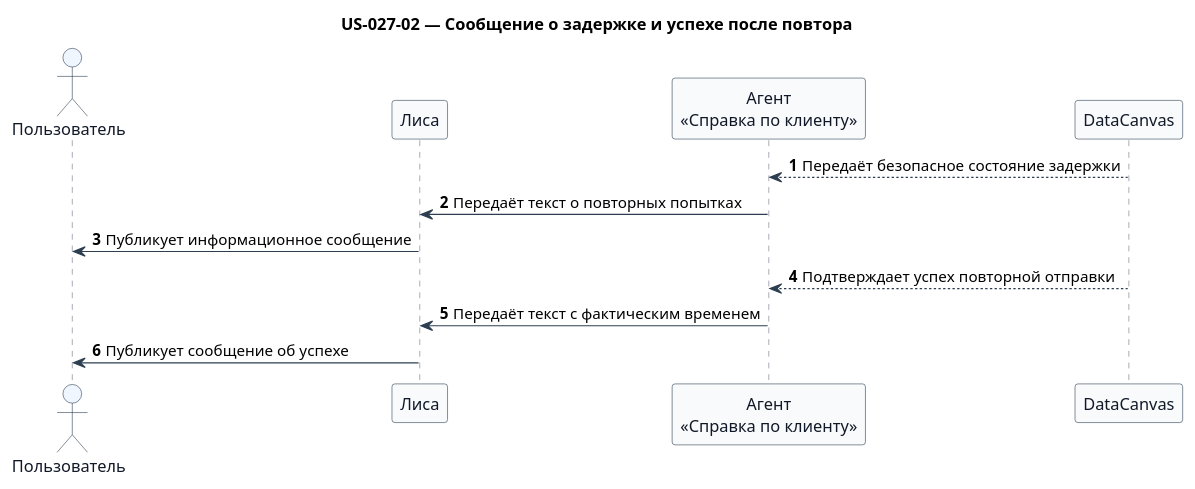
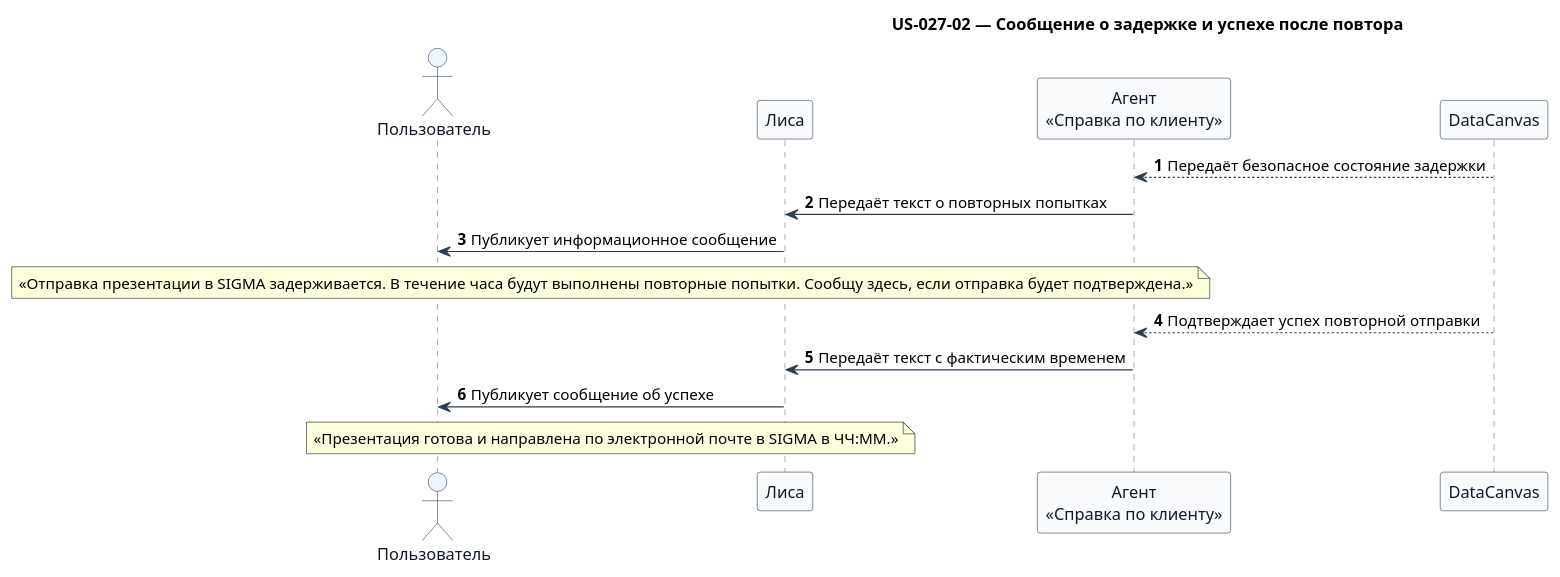
One commit to RussianLioN/datacanvas changed the diagram in docs/product/requirements/sequence-diagrams/us-027-02.puml. Above: the diagram before and after it, drawn with PlantUML. The commit also changed 38 other files, not shown here.

```diff
--- a/docs/product/requirements/sequence-diagrams/us-027-02.puml
+++ b/docs/product/requirements/sequence-diagrams/us-027-02.puml
@@ -1,31 +1,33 @@
 @startuml
 !pragma teoz true
 skinparam shadowing false
 skinparam defaultFontName Arial
 skinparam sequence {
   ArrowColor #2C3E50
   LifeLineBorderColor #6B7280
   ParticipantBorderColor #2C3E50
   ParticipantBackgroundColor #F8FAFC
   ParticipantFontColor #111827
   ActorBorderColor #2C3E50
   ActorBackgroundColor #EFF6FF
   ActorFontColor #111827
   GroupBorderColor #94A3B8
   GroupBackgroundColor #F8FAFC
 }
 title US-027-02 — Сообщение о задержке и успехе после повтора
 
 actor "Пользователь" as user
 participant "Лиса" as lisa
 participant "Агент\n«Справка по клиенту»" as client
 participant "DataCanvas" as datacanvas
 
 autonumber
 datacanvas --> client: Передаёт безопасное состояние задержки
 client -> lisa: Передаёт текст о повторных попытках
 lisa -> user: Публикует информационное сообщение
+note over lisa,user: «Отправка презентации в SIGMA задерживается. В течение часа будут выполнены повторные попытки. Сообщу здесь, если отправка будет подтверждена.»
 datacanvas --> client: Подтверждает успех повторной отправки
 client -> lisa: Передаёт текст с фактическим временем
 lisa -> user: Публикует сообщение об успехе
+note over lisa,user: «Презентация готова и направлена по электронной почте в SIGMA в ЧЧ:ММ.»
 @enduml
```
